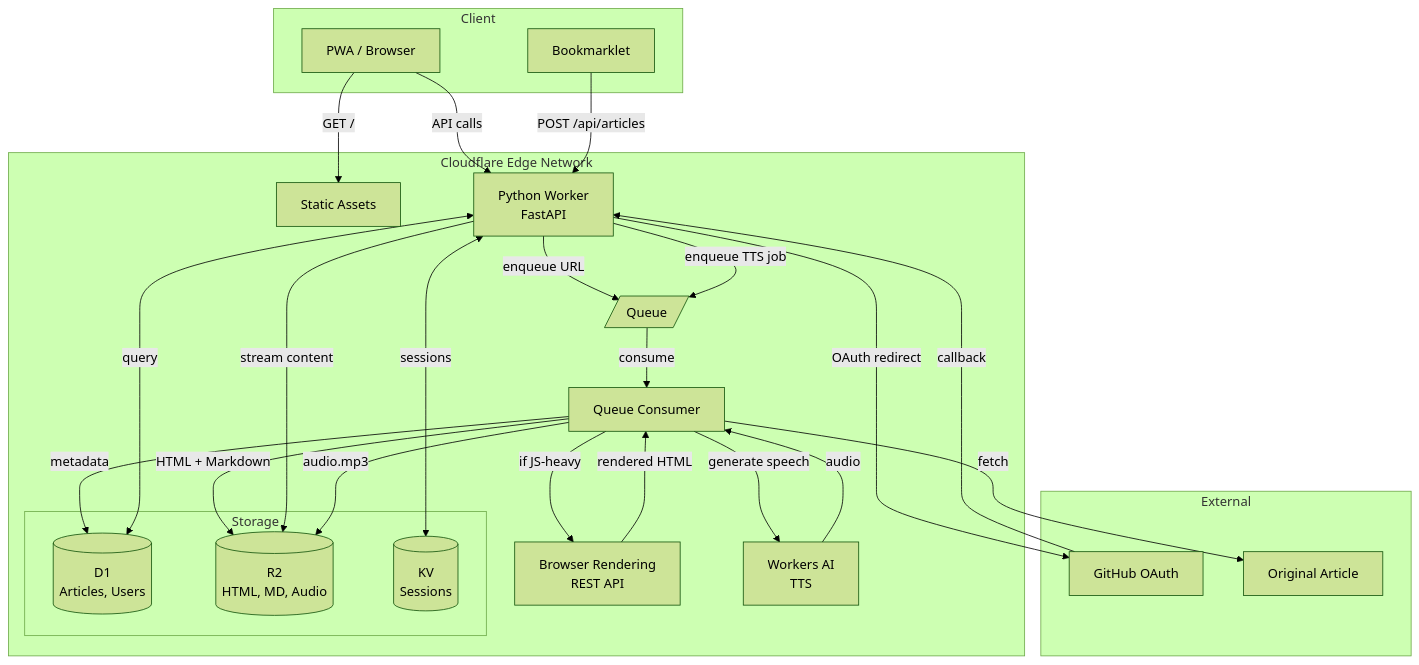
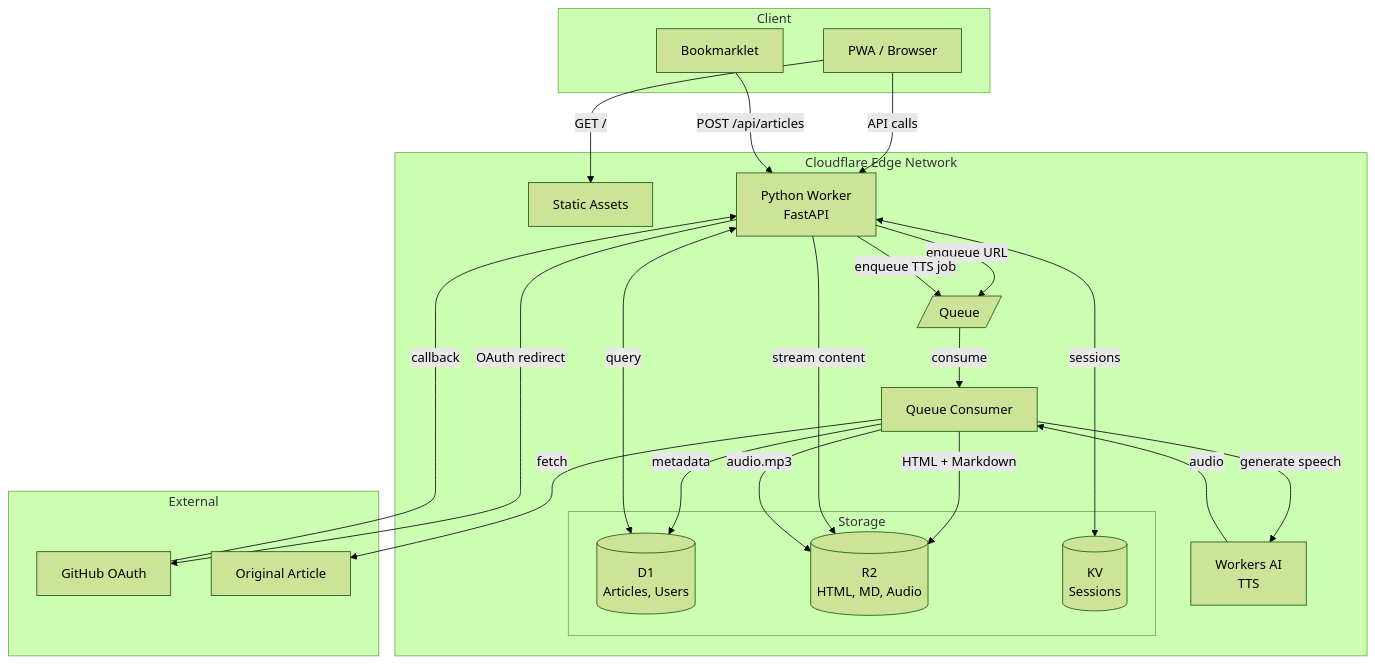
Before and after one commit to adewale/tasche: the diagram in specs/tasche-spec.md, drawn with Mermaid (forest theme). The commit also changed other lines of this file and 26 other files, not shown here.

First line of the commit message:
Remove Browser Rendering, extract og:image for thumbnails

````diff
--- a/specs/tasche-spec.md
+++ b/specs/tasche-spec.md
@@ -730,57 +680,54 @@
 ```mermaid
 flowchart TB
     subgraph Client
         PWA[PWA / Browser]
         BM[Bookmarklet]
     end
 
     subgraph Edge["Cloudflare Edge Network"]
         SA[Static Assets]
         API[Python Worker<br/>FastAPI]
         QC[Queue Consumer]
         
         subgraph Storage
             D1[(D1<br/>Articles, Users)]
             R2[(R2<br/>HTML, MD, Audio)]
             KV[(KV<br/>Sessions)]
         end
         
         Q[/Queue/]
-        BR[Browser Rendering<br/>REST API]
         AI[Workers AI<br/>TTS]
     end
 
     subgraph External
         GH[GitHub OAuth]
         WEB[Original Article]
     end
 
     %% Client flows
     PWA -->|GET /| SA
     PWA -->|API calls| API
     BM -->|POST /api/articles| API
 
     %% Auth flow
     API -->|OAuth redirect| GH
     GH -->|callback| API
     API <-->|sessions| KV
 
     %% Save article flow
     API -->|enqueue URL| Q
     Q -->|consume| QC
     QC -->|fetch| WEB
-    QC -->|if JS-heavy| BR
-    BR -->|rendered HTML| QC
     QC -->|metadata| D1
     QC -->|HTML + Markdown| R2
 
     %% Read flow
     API <-->|query| D1
     API -->|stream content| R2
 
     %% Listen Later flow
     API -->|enqueue TTS job| Q
     QC -->|generate speech| AI
     AI -->|audio| QC
     QC -->|audio.mp3| R2
 ```
````
